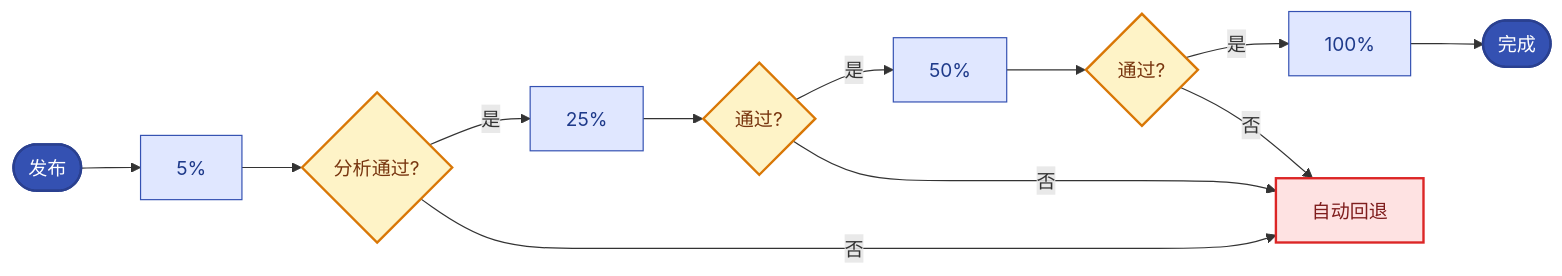
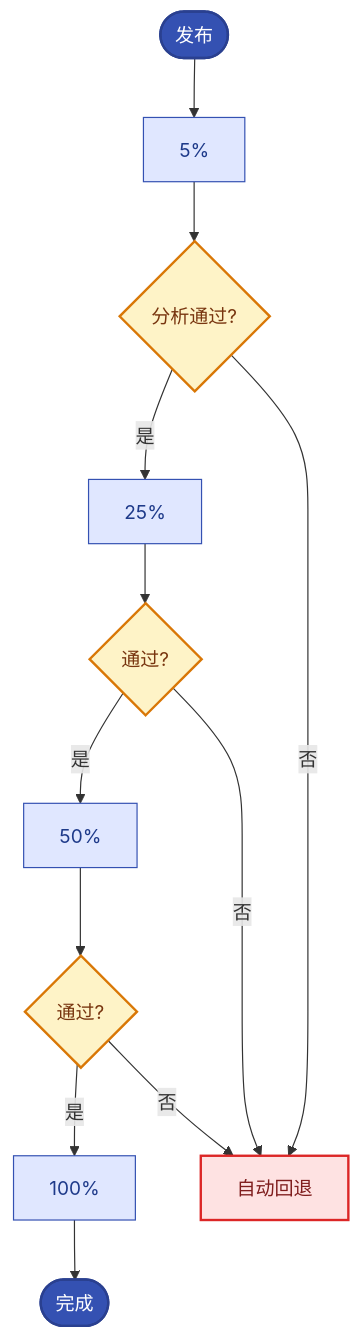
The diagram in docs/11-canary-release-risk.md (jackiesre721/ai-native-ops), drawn with Mermaid before and after one commit. The commit also changed 2 other files, not shown here.

Commit message:
fix: 三处图可读性修复
- ch5.2 reconcile: 边线标签'偏离则纠正'合进节点框(有色背景看得清)
- ch3 AI生命周期: 10节点竖排改2行(5+5 subgraph,隐藏边框),
  避免box太窄看不清
- ch11 金丝雀: LR改TB(竖排,决策分支自然侧展,避免超宽)

````diff
--- a/docs/11-canary-release-risk.md
+++ b/docs/11-canary-release-risk.md
@@ -14,18 +14,18 @@
 ```mermaid
-flowchart LR
+flowchart TB
     S([发布]) --> W1["5%"] --> P1{分析通过?}
     P1 -->|是| W2["25%"] --> P2{通过?}
     P2 -->|是| W3["50%"] --> P3{通过?}
     P3 -->|是| W4["100%"] --> E([完成])
     P1 -->|否| RB[自动回退]
     P2 -->|否| RB
     P3 -->|否| RB
     classDef start fill:#3451b2,color:#fff,stroke:#2a4090,stroke-width:2px
     classDef proc fill:#e0e7ff,stroke:#3451b2,color:#1e3a8a
     classDef decision fill:#fef3c7,stroke:#d97706,color:#78350f,stroke-width:2px
     classDef danger fill:#fee2e2,stroke:#dc2626,color:#7f1d1d,stroke-width:2px
     class S,E start
     class W1,W2,W3,W4 proc
     class P1,P2,P3 decision
     class RB danger
 ```
````
